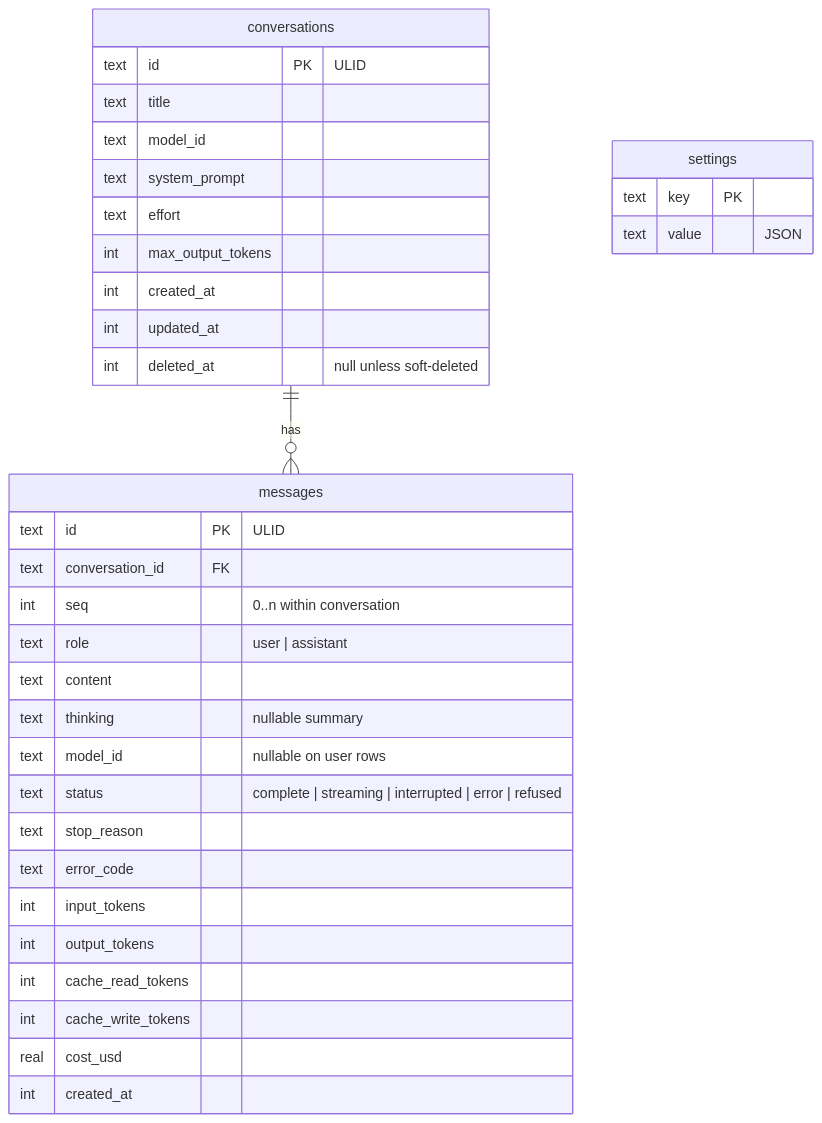
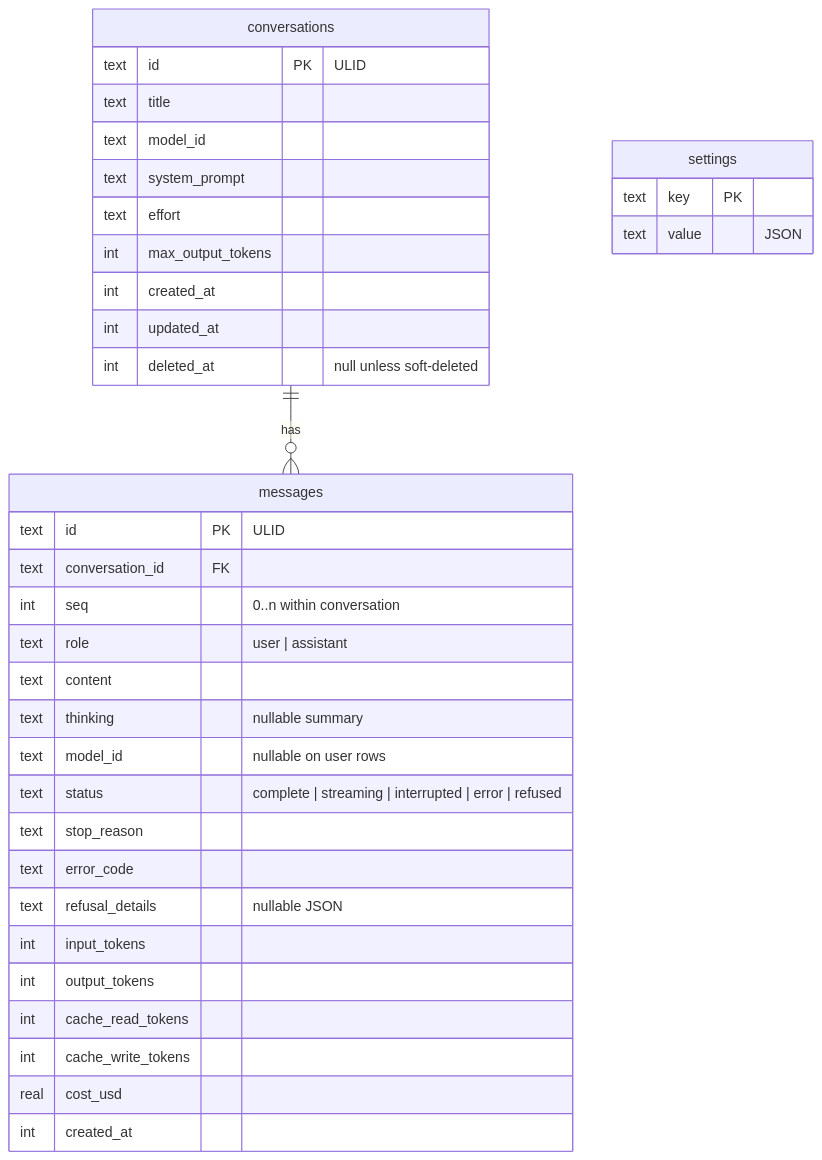
The third of 3 diagrams in docs/ARCHITECTURE.md (thedanielyuan/zeus-agent), drawn with Mermaid before and after one commit. The commit also changed other lines of this file and 31 other files, not shown here.

````diff
--- a/docs/ARCHITECTURE.md
+++ b/docs/ARCHITECTURE.md
@@ -296,37 +305,38 @@
 ```mermaid
 erDiagram
   conversations ||--o{ messages : has
   conversations {
     text id PK "ULID"
     text title
     text model_id
     text system_prompt
     text effort
     int  max_output_tokens
     int  created_at
     int  updated_at
     int  deleted_at "null unless soft-deleted"
   }
   messages {
     text id PK "ULID"
     text conversation_id FK
     int  seq "0..n within conversation"
     text role "user | assistant"
     text content
     text thinking "nullable summary"
     text model_id "nullable on user rows"
     text status "complete | streaming | interrupted | error | refused"
     text stop_reason
     text error_code
+    text refusal_details "nullable JSON"
     int  input_tokens
     int  output_tokens
     int  cache_read_tokens
     int  cache_write_tokens
     real cost_usd
     int  created_at
   }
   settings {
     text key PK
     text value "JSON"
   }
 ```
````
